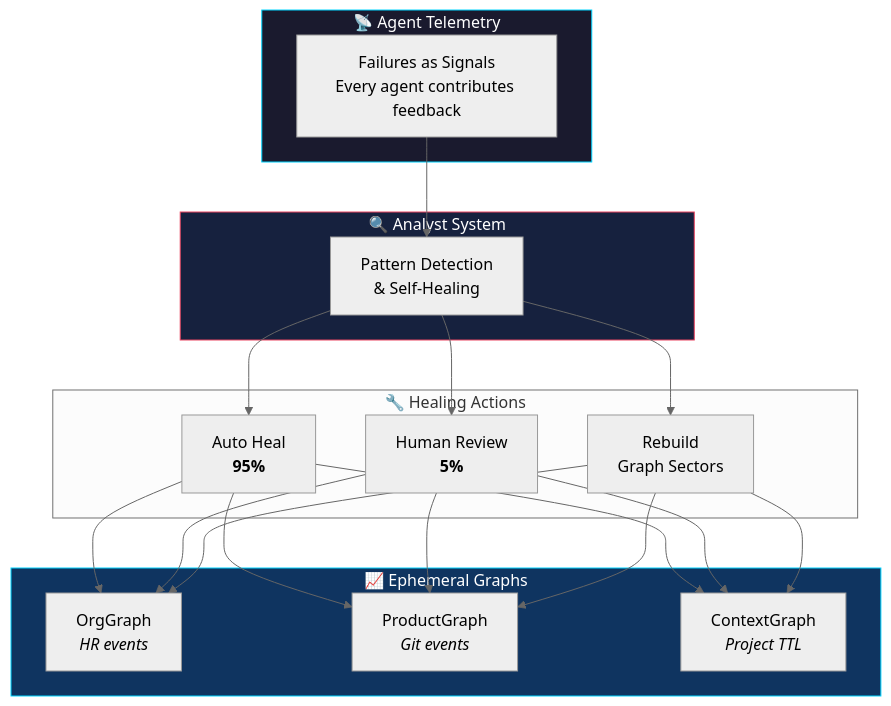
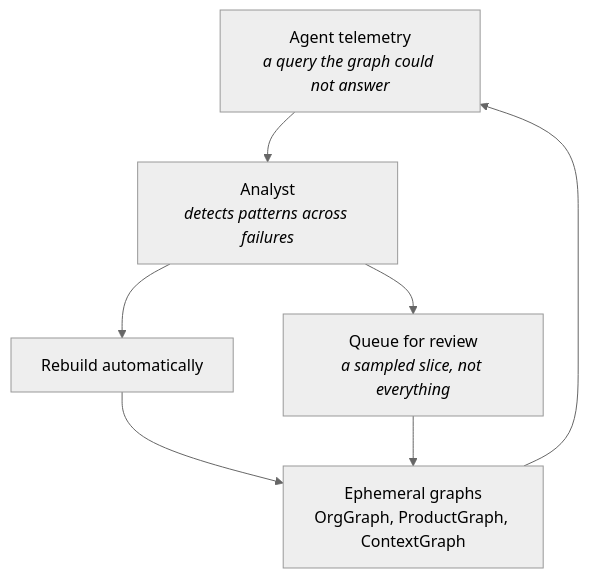
One commit to imran-siddique/agentic-architecture changed the second of 2 diagrams in README.md. Above: the diagram before and after it, drawn with Mermaid (neutral theme). The commit also changed other lines of this file and 3 other files, not shown here.

````diff
--- a/README.md
+++ b/README.md
@@ -183,40 +188,15 @@
 ```mermaid
 flowchart TB
-    subgraph Telemetry["📡 Agent Telemetry"]
-        Failures["Failures as Signals<br/>Every agent contributes feedback"]
-    end
-
-    subgraph Analyst["🔍 Analyst System"]
-        Patterns["Pattern Detection<br/>& Self-Healing"]
-    end
-
-    subgraph Actions["🔧 Healing Actions"]
-        Auto["Auto Heal<br/><b>95%</b>"]
-        Human["Human Review<br/><b>5%</b>"]
-        Rebuild["Rebuild<br/>Graph Sectors"]
-    end
-
-    subgraph Graphs["📈 Ephemeral Graphs"]
-        Org["OrgGraph<br/><i>HR events</i>"]
-        Product["ProductGraph<br/><i>Git events</i>"]
-        Context["ContextGraph<br/><i>Project TTL</i>"]
-    end
+    Failures["Agent telemetry<br/><i>a query the graph could not answer</i>"]
+    Patterns["Analyst<br/><i>detects patterns across failures</i>"]
+    Auto["Rebuild automatically"]
+    Human["Queue for review<br/><i>a sampled slice, not everything</i>"]
+    Graphs["Ephemeral graphs<br/>OrgGraph, ProductGraph, ContextGraph"]
 
     Failures --> Patterns
     Patterns --> Auto
     Patterns --> Human
-    Patterns --> Rebuild
-    Auto --> Org
-    Auto --> Product
-    Auto --> Context
-    Human --> Org
-    Human --> Product
-    Human --> Context
-    Rebuild --> Org
-    Rebuild --> Product
-    Rebuild --> Context
-
-    style Telemetry fill:#1a1a2e,stroke:#00d4ff,color:#fff
-    style Analyst fill:#16213e,stroke:#e94560,color:#fff
-    style Graphs fill:#0f3460,stroke:#00d4ff,color:#fff
+    Auto --> Graphs
+    Human --> Graphs
+    Graphs --> Failures
 ```
````
